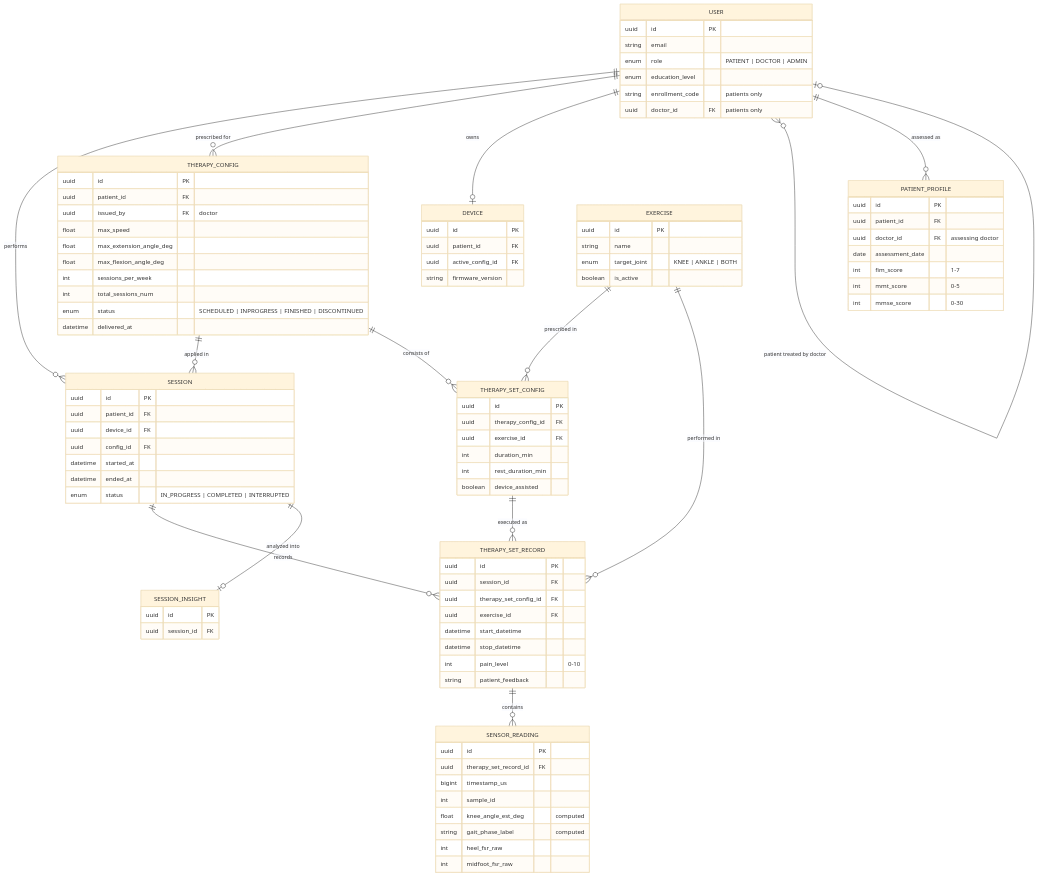
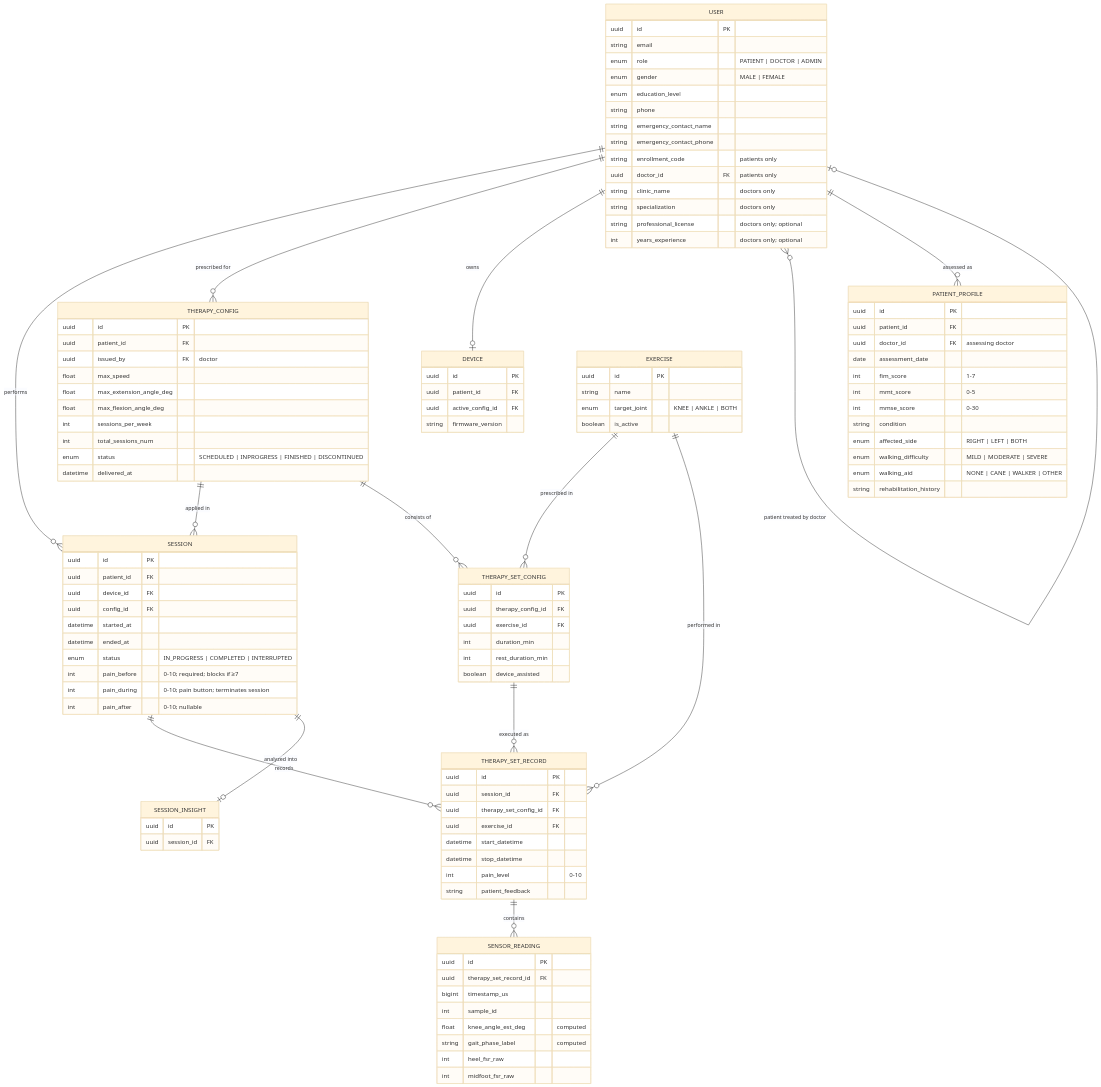
One commit to mariamismail8icloud-glitch/knevo changed the third of 3 diagrams in spec-and-architecture.md. Above: the diagram before and after it, drawn with Mermaid (base theme). The commit also changed other lines of this file, not shown here.

```diff
--- a/spec-and-architecture.md
+++ b/spec-and-architecture.md
@@ -274,9 +274,17 @@
         uuid id PK
         string email
         enum role "PATIENT | DOCTOR | ADMIN"
+        enum gender "MALE | FEMALE"
         enum education_level
+        string phone
+        string emergency_contact_name
+        string emergency_contact_phone
         string enrollment_code "patients only"
         uuid doctor_id FK "patients only"
+        string clinic_name "doctors only"
+        string specialization "doctors only"
+        string professional_license "doctors only; optional"
+        int years_experience "doctors only; optional"
     }
     PATIENT_PROFILE {
         uuid id PK
@@ -286,6 +294,11 @@
         int fim_score "1-7"
         int mmt_score "0-5"
         int mmse_score "0-30"
+        string condition
+        enum affected_side "RIGHT | LEFT | BOTH"
+        enum walking_difficulty "MILD | MODERATE | SEVERE"
+        enum walking_aid "NONE | CANE | WALKER | OTHER"
+        string rehabilitation_history
     }
     DEVICE {
         uuid id PK
@@ -327,6 +340,9 @@
         datetime started_at
         datetime ended_at
         enum status "IN_PROGRESS | COMPLETED | INTERRUPTED"
+        int pain_before "0-10; required; blocks if ≥7"
+        int pain_during "0-10; pain button; terminates session"
+        int pain_after "0-10; nullable"
     }
     THERAPY_SET_RECORD {
         uuid id PK
```
